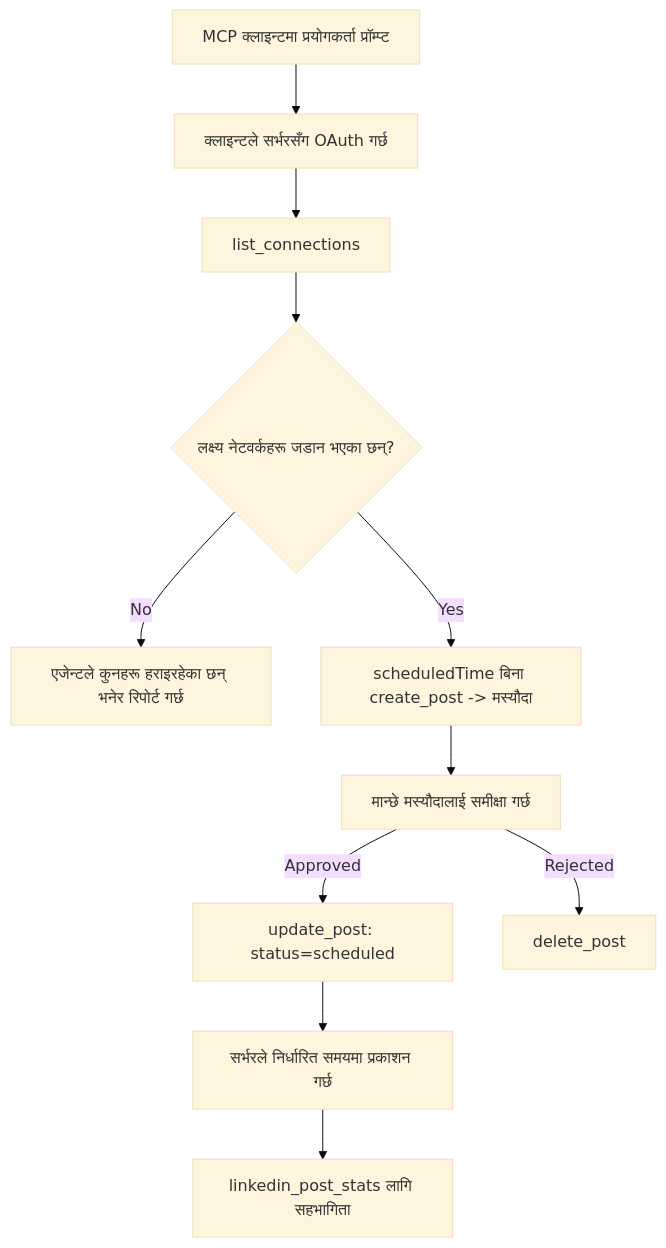
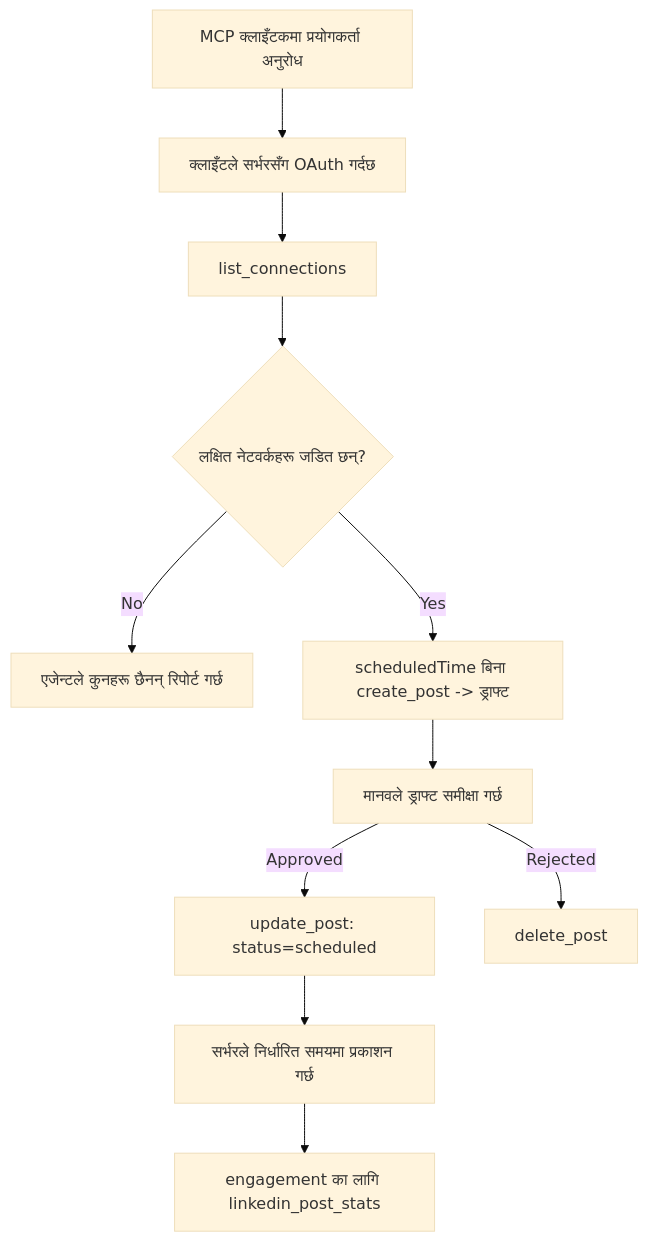
The diagram in translations/ne/09-CaseStudy/publora-social-publishing.md (microsoft/mcp-for-beginners), drawn with Mermaid (base theme) before and after one commit. The commit also changed other lines of this file and 118 other files, not shown here.

````diff
--- a/translations/ne/09-CaseStudy/publora-social-publishing.md
+++ b/translations/ne/09-CaseStudy/publora-social-publishing.md
@@ -47,13 +47,13 @@
 ```mermaid
 flowchart TD
-    A[MCP क्लाइन्टमा प्रयोगकर्ता प्रॉम्प्ट] --> B[क्लाइन्टले सर्भरसँग OAuth गर्छ]
+    A[MCP क्लाइँटकमा प्रयोगकर्ता अनुरोध] --> B[क्लाइँटले सर्भरसँग OAuth गर्दछ]
     B --> C[list_connections]
-    C --> D{लक्ष्य नेटवर्कहरू जडान भएका छन्?}
-    D -- No --> E[एजेन्टले कुनहरू हराइरहेका छन् भनेर रिपोर्ट गर्छ]
-    D -- Yes --> F[scheduledTime बिना create_post -> मस्यौदा]
-    F --> G[मान्छे मस्यौदालाई समीक्षा गर्छ]
+    C --> D{लक्षित नेटवर्कहरू जडित छन्?}
+    D -- No --> E[एजेन्टले कुनहरू छैनन् रिपोर्ट गर्छ]
+    D -- Yes --> F[scheduledTime बिना create_post -> ड्राफ्ट]
+    F --> G[मानवले ड्राफ्ट समीक्षा गर्छ]
     G -- Approved --> H[update_post: status=scheduled]
     G -- Rejected --> I[delete_post]
     H --> J[सर्भरले निर्धारित समयमा प्रकाशन गर्छ]
-    J --> K[linkedin_post_stats लागि सहभागिता]
+    J --> K[engagement का लागि linkedin_post_stats]
 ```
````
